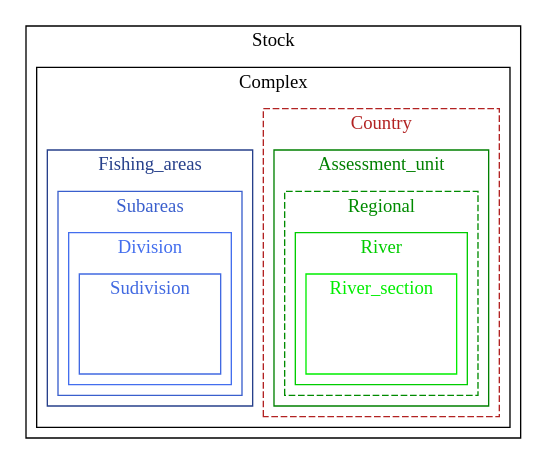
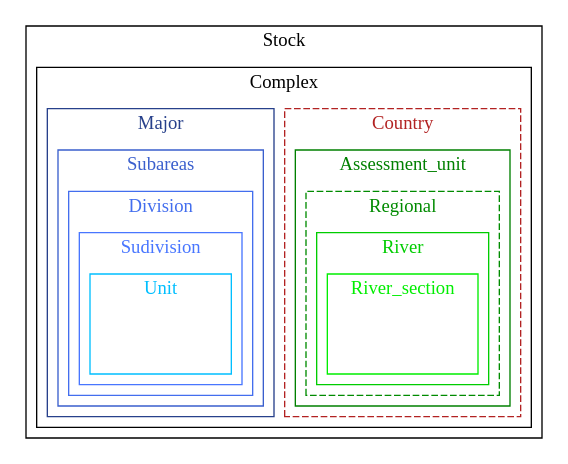
The second of 2 diagrams in R/midb.qmd (DIASPARAproject/WP3_migdb), drawn with Graphviz before and after one commit. The commit also changed other lines of this file and 1 other file, not shown here.

Commit message:
dev : fishing areas maps #8 #6 #3

```diff
--- a/R/midb.qmd
+++ b/R/midb.qmd
@@ -1611,77 +1630,90 @@
     newrank=true;
 
     subgraph clusterA {
-      label = "Stock"
+      label = Stock
       style=full
       color=black
       center=true
 
       subgraph clusterB {
-        label = "Complex"
+        label = Complex
         style=full
         color=black
         center=true
     
         subgraph clusterC {
-          label = "Country"
+          label = Country
           style=dashed
           color=firebrick
           fontcolor=firebrick
           center=true
 
           subgraph clusterD {
-            label = "Assessment_unit"
+            label = Assessment_unit
             style=full
             color=green 
             fontcolor=green
+            
               subgraph clusterE {
-                label = "Regional";
+                label = Regional;
                 style=dashed
                 color=green4
                 fontcolor=green4
+                
                   subgraph clusterF {
-                    label = "River"
+                    label = River
                     style=full
                     color=green3
                     fontcolor=green3
-                        subgraph clusterFF {
-                                label = "River_section"
+                    
+                        subgraph clusterG {
+                                label = River_section
                                 style=full
                                 color=green2
                                 fontcolor=green2
                                     section [
-                                        label="data",
-                                        shape="box", 
+                                        label=data,
+                                        shape=box, 
                                         style =invis
-                                      
                                         ]
                         }
                   }
               }
           }
         }
-        subgraph clusterH{
-          label="Fishing_areas"
-          style="full"
-          color="royalblue4"
-          fontcolor="royalblue4"
-                subgraph clusterI{
-                    label="Subareas"
-                    style="full"
-                    color="royalblue3"
-                    fontcolor="royalblue3"
-                        subgraph clusterJ{
-                            label="Division"
-                            style="full"
-                            color="royalblue2"
-                            fontcolor="royalblue2"
-                                subgraph clusterJ{
-                                    label="Sudivision"
-                                    style="full"
-                                    color="royalblue"
-                                    fontcolor="royalblue"
-                                    Fishing [
-                                        style=invis]
+        subgraph clusterZ{
+          label=Major
+          style=full
+          color=royalblue4
+          fontcolor=royalblue4
+          
+                subgraph clusterY{
+                    label=Subareas
+                    style=full
+                    color=royalblue3
+                    fontcolor=royalblue3
+                    
+                        subgraph clusterX{
+                            label=Division
+                            style=full
+                            color=royalblue2
+                            fontcolor=royalblue2
+                            
+                                subgraph clusterW{
+                                    label=Sudivision
+                                    style=full
+                                    color=royalblue1
+                                    fontcolor=royalblue1
+                                    
+                                       subgraph clusterV{
+                                           label=Unit
+                                            style=full
+                                            color=deepskyblue
+                                            fontcolor=deepskyblue
+                                            
+                                                Fishing [
+                                                    style=invis]
+                                       }
                                 }
                         }
                 }            
```
